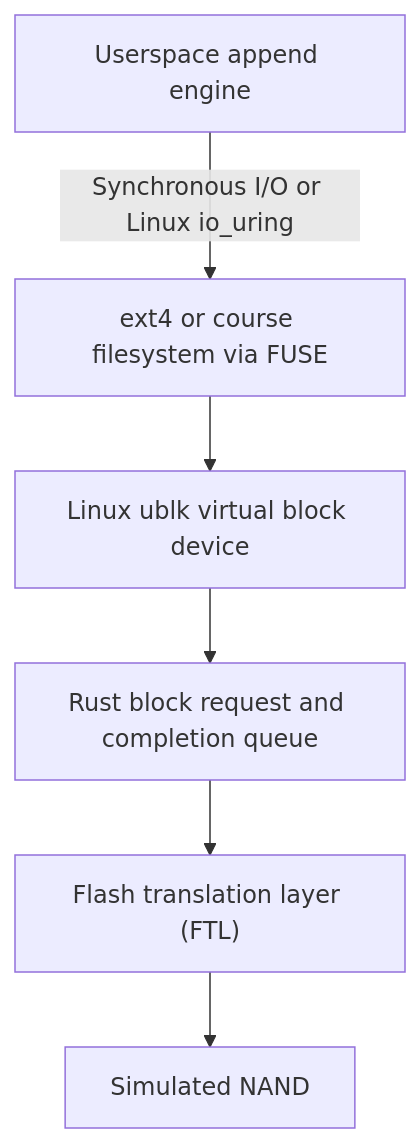
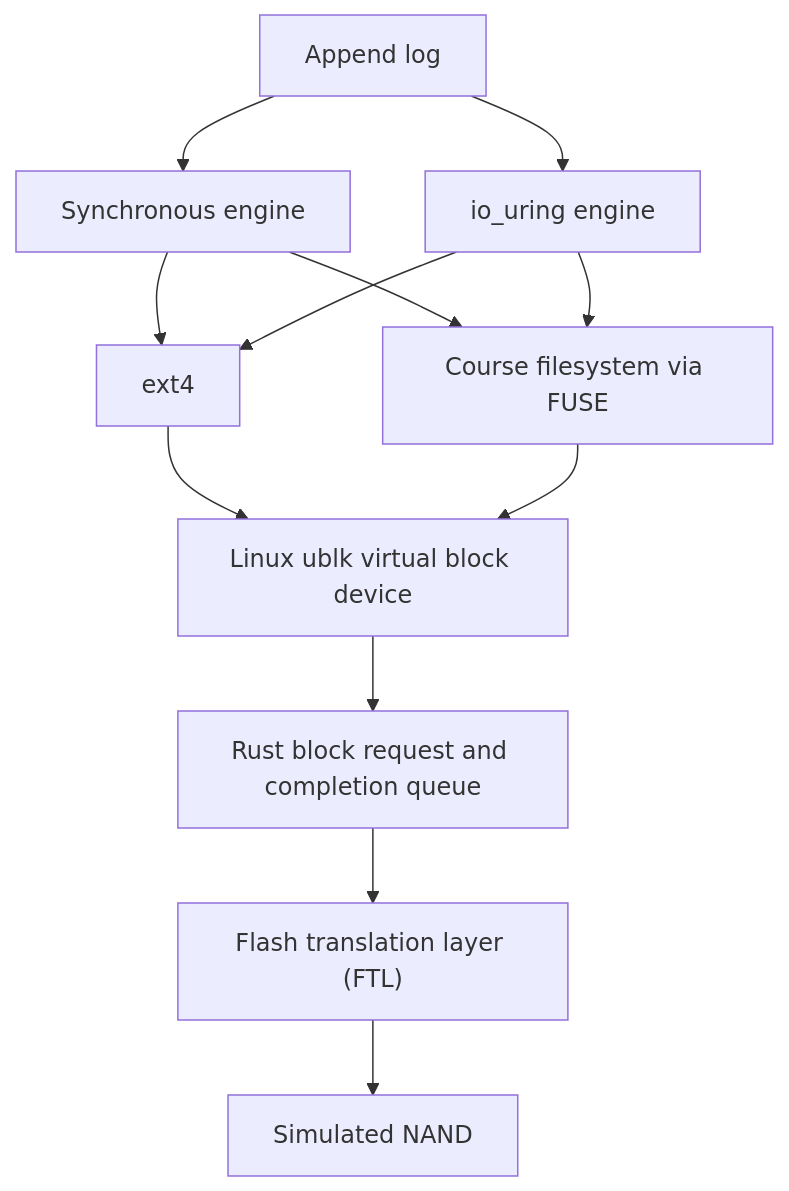
One commit to skyzh/io-journey changed the diagram in README.md. Above: the diagram before and after it, drawn with Mermaid. The commit also changed other lines of this file, not shown here.

Commit message:
Draw the append engines and filesystem choices separately (#42)

````diff
--- a/README.md
+++ b/README.md
@@ -22,8 +22,15 @@
 ```mermaid
 flowchart TD
-    App["Userspace append engine"] -->|"Synchronous I/O or Linux io_uring"| FS["ext4 or course filesystem via FUSE"]
-    FS --> Ublk["Linux ublk virtual block device"]
+    App["Append log"]
+    App --> Sync["Synchronous engine"]
+    App --> Uring["io_uring engine"]
+    Sync --> Ext4["ext4"]
+    Sync --> Fuse["Course filesystem via FUSE"]
+    Uring --> Ext4
+    Uring --> Fuse
+    Ext4 --> Ublk["Linux ublk virtual block device"]
+    Fuse --> Ublk
     Ublk --> Queue["Rust block request and completion queue"]
     Queue --> FTL["Flash translation layer (FTL)"]
     FTL --> NAND["Simulated NAND"]
 ```
````
